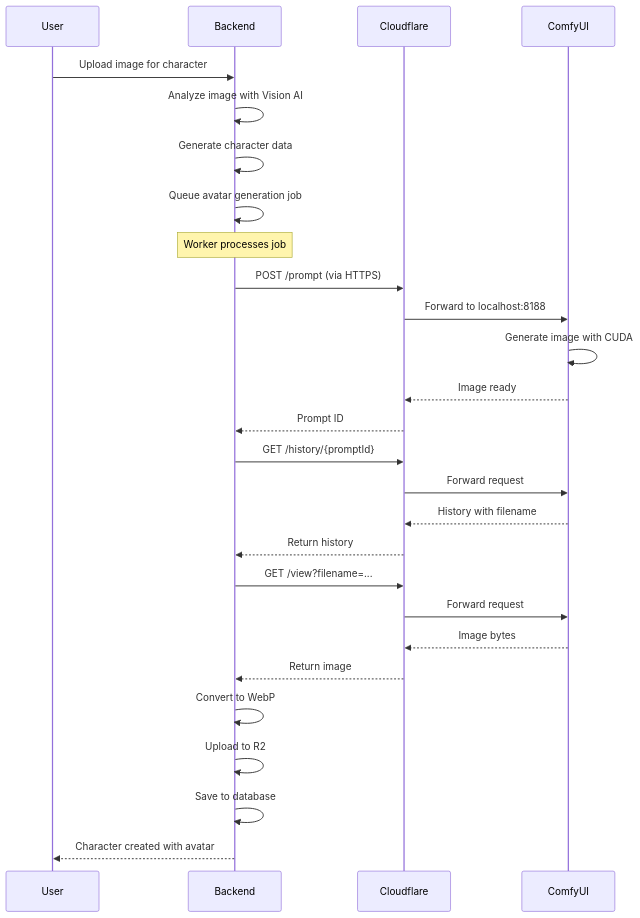
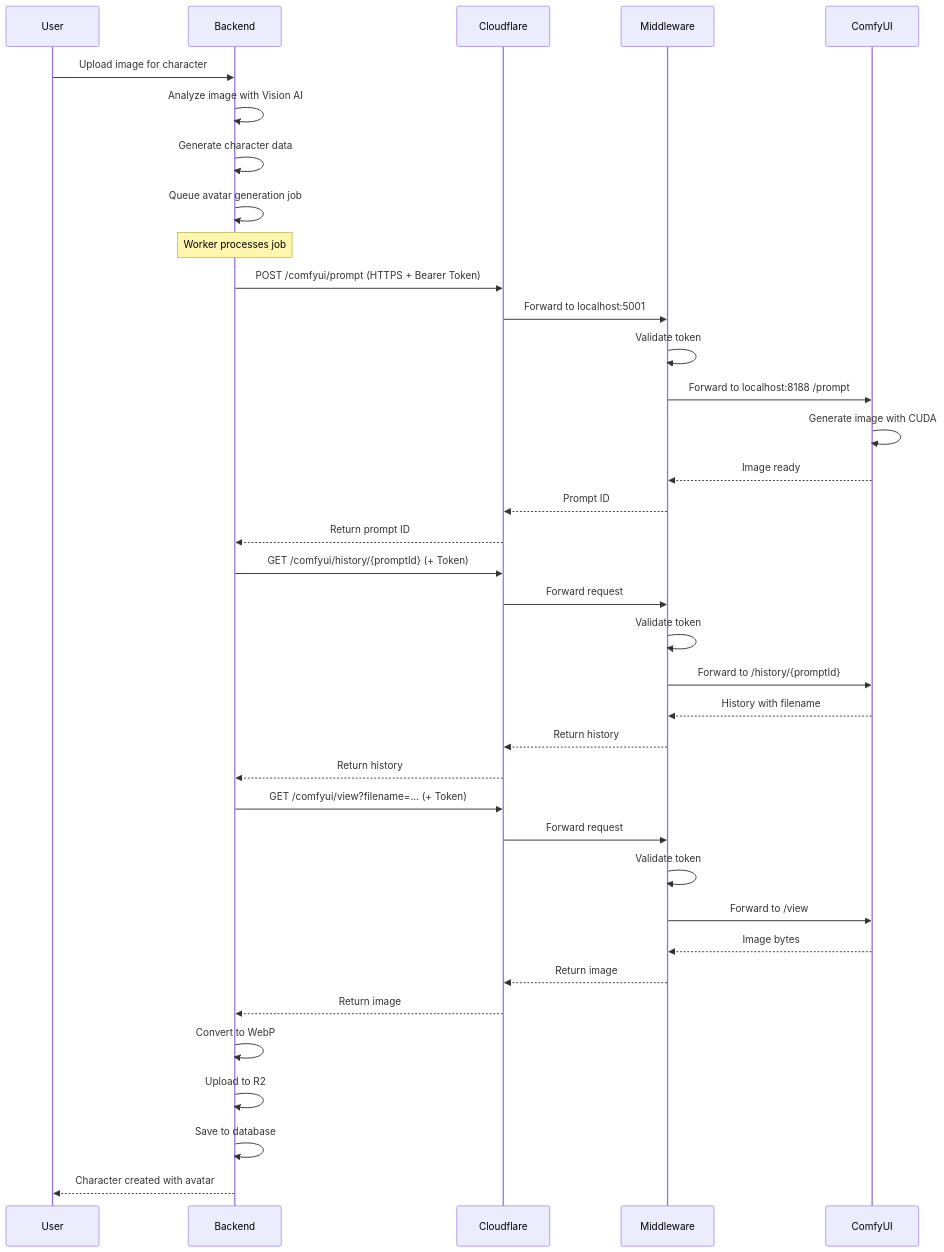
Before and after one commit to leandro-br-dev/charhub: the diagram in docs/02-guides/operations/comfyui-setup.md, drawn with Mermaid. The commit also changed other lines of this file and 3 other files, not shown here.

First line of the commit message:
docs(comfyui): update integration to use middleware architecture

````diff
--- a/docs/02-guides/operations/comfyui-setup.md
+++ b/docs/02-guides/operations/comfyui-setup.md
@@ -106,36 +138,46 @@
 ```mermaid
 sequenceDiagram
     participant U as User
     participant B as Backend
     participant CF as Cloudflare
+    participant M as Middleware
     participant C as ComfyUI
 
     U->>B: Upload image for character
     B->>B: Analyze image with Vision AI
     B->>B: Generate character data
     B->>B: Queue avatar generation job
 
     Note over B: Worker processes job
 
-    B->>CF: POST /prompt (via HTTPS)
-    CF->>C: Forward to localhost:8188
+    B->>CF: POST /comfyui/prompt (HTTPS + Bearer Token)
+    CF->>M: Forward to localhost:5001
+    M->>M: Validate token
+    M->>C: Forward to localhost:8188 /prompt
     C->>C: Generate image with CUDA
-    C-->>CF: Image ready
-    CF-->>B: Prompt ID
+    C-->>M: Image ready
+    M-->>CF: Prompt ID
+    CF-->>B: Return prompt ID
 
-    B->>CF: GET /history/{promptId}
-    CF->>C: Forward request
-    C-->>CF: History with filename
+    B->>CF: GET /comfyui/history/{promptId} (+ Token)
+    CF->>M: Forward request
+    M->>M: Validate token
+    M->>C: Forward to /history/{promptId}
+    C-->>M: History with filename
+    M-->>CF: Return history
     CF-->>B: Return history
 
-    B->>CF: GET /view?filename=...
-    CF->>C: Forward request
-    C-->>CF: Image bytes
+    B->>CF: GET /comfyui/view?filename=... (+ Token)
+    CF->>M: Forward request
+    M->>M: Validate token
+    M->>C: Forward to /view
+    C-->>M: Image bytes
+    M-->>CF: Return image
     CF-->>B: Return image
 
     B->>B: Convert to WebP
     B->>B: Upload to R2
     B->>B: Save to database
 
     B-->>U: Character created with avatar
 ```
````
